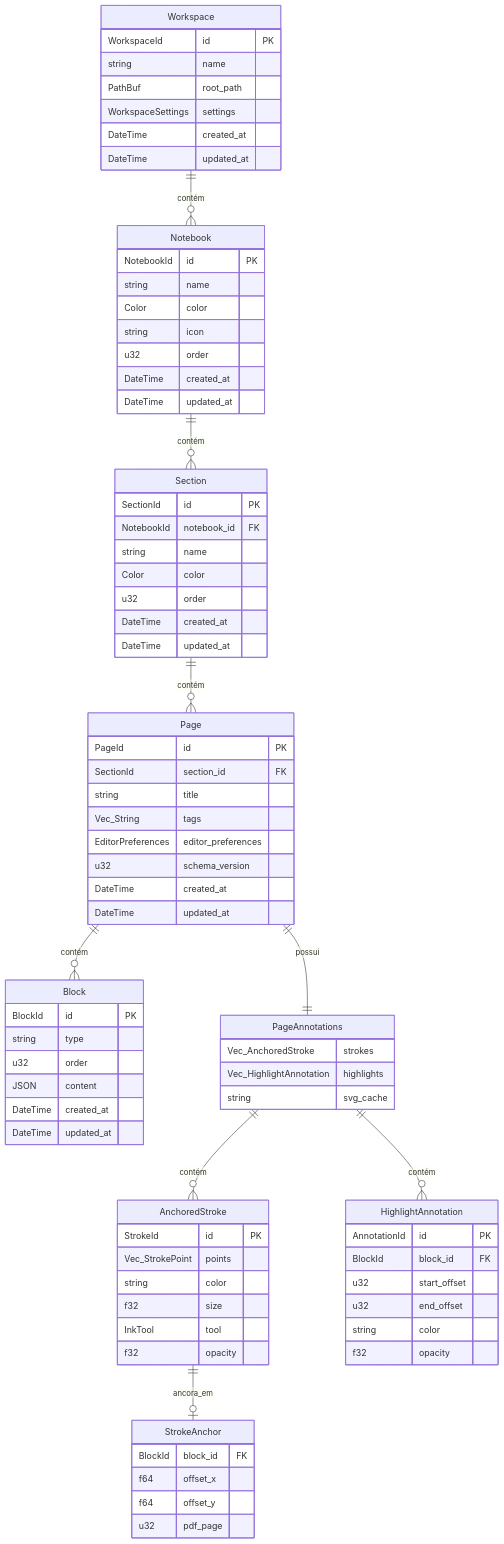
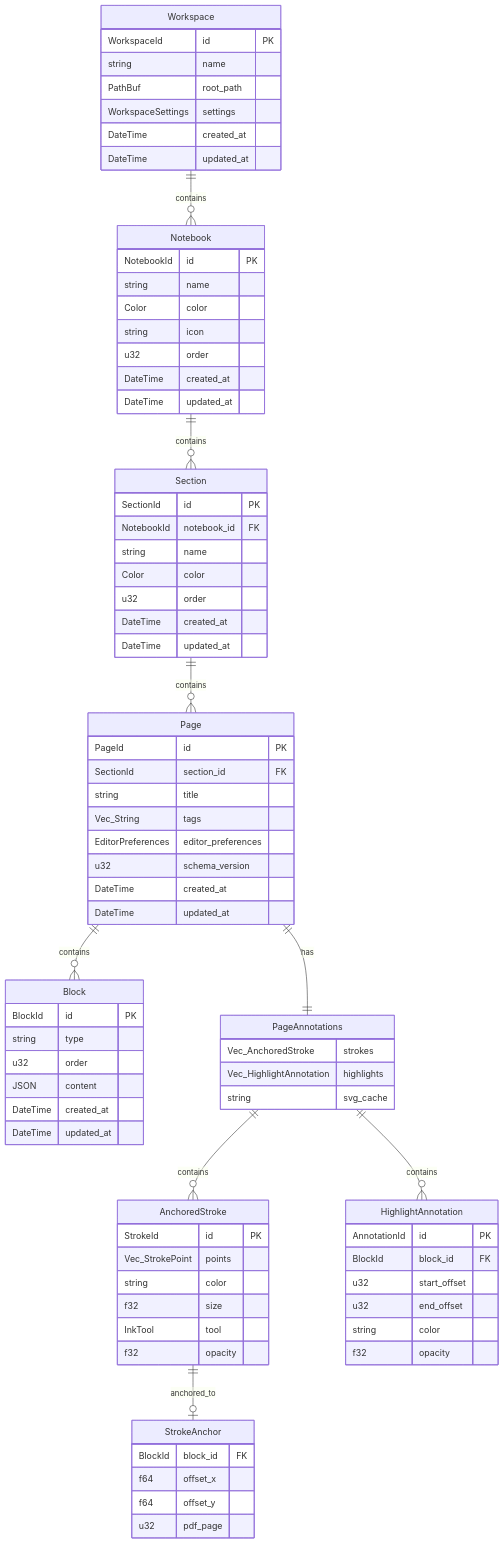
Before and after one commit to l3co/open-note: the sixth of 15 diagrams in docs/ARCHITECTURE.md, drawn with Mermaid. The commit also changed other lines of this file and 10 other files, not shown here.

First line of the commit message:
docs: translate ARCHITECTURE, USER_GUIDE, and all 9 ADRs to English

````diff
--- a/docs/ARCHITECTURE.md
+++ b/docs/ARCHITECTURE.md
@@ -246,13 +246,13 @@
 ```mermaid
 erDiagram
-    Workspace ||--o{ Notebook : contém
-    Notebook ||--o{ Section : contém
-    Section ||--o{ Page : contém
-    Page ||--o{ Block : contém
-    Page ||--|| PageAnnotations : possui
-    PageAnnotations ||--o{ AnchoredStroke : contém
-    PageAnnotations ||--o{ HighlightAnnotation : contém
-    AnchoredStroke ||--o| StrokeAnchor : ancora_em
+    Workspace ||--o{ Notebook : contains
+    Notebook ||--o{ Section : contains
+    Section ||--o{ Page : contains
+    Page ||--o{ Block : contains
+    Page ||--|| PageAnnotations : has
+    PageAnnotations ||--o{ AnchoredStroke : contains
+    PageAnnotations ||--o{ HighlightAnnotation : contains
+    AnchoredStroke ||--o| StrokeAnchor : anchored_to
 
     Workspace {
         WorkspaceId id PK
````
